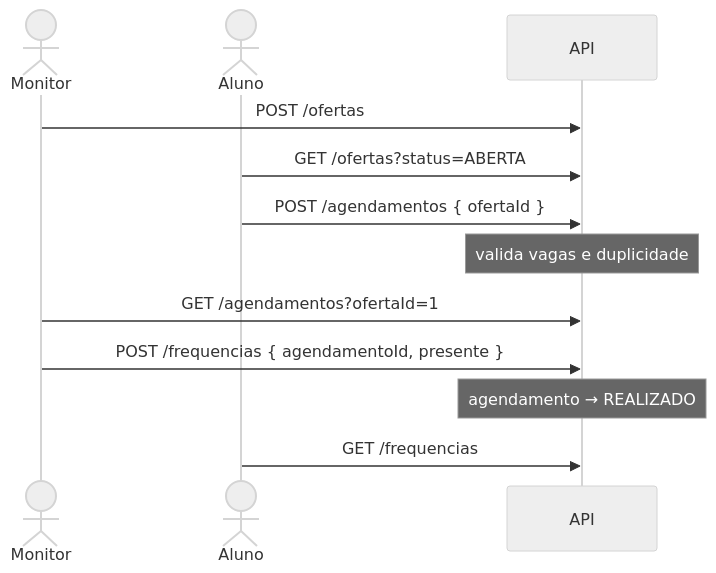
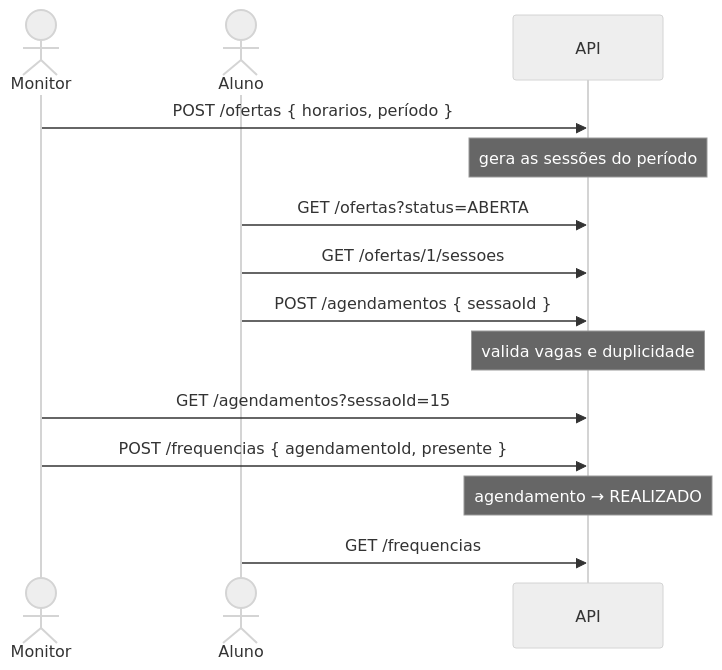
Before and after one commit to AlexOlegario18/gcc267-2026-2-ALM-D3: the second of 2 diagrams in docs/api.md, drawn with Mermaid (neutral theme). The commit also changed other lines of this file and 1 other file, not shown here.

Commit message:
docs: propõe ADRs de persistência, identificação e ofertas recorrentes e contrato da API

````diff
--- a/docs/api.md
+++ b/docs/api.md
@@ -193,14 +281,16 @@
 ```mermaid
 sequenceDiagram
     actor M as Monitor
     actor A as Aluno
     participant API
-    M->>API: POST /ofertas
+    M->>API: POST /ofertas { horarios, período }
+    Note over API: gera as sessões do período
     A->>API: GET /ofertas?status=ABERTA
-    A->>API: POST /agendamentos { ofertaId }
+    A->>API: GET /ofertas/1/sessoes
+    A->>API: POST /agendamentos { sessaoId }
     Note over API: valida vagas e duplicidade
-    M->>API: GET /agendamentos?ofertaId=1
+    M->>API: GET /agendamentos?sessaoId=15
     M->>API: POST /frequencias { agendamentoId, presente }
     Note over API: agendamento → REALIZADO
     A->>API: GET /frequencias
 ```
````
